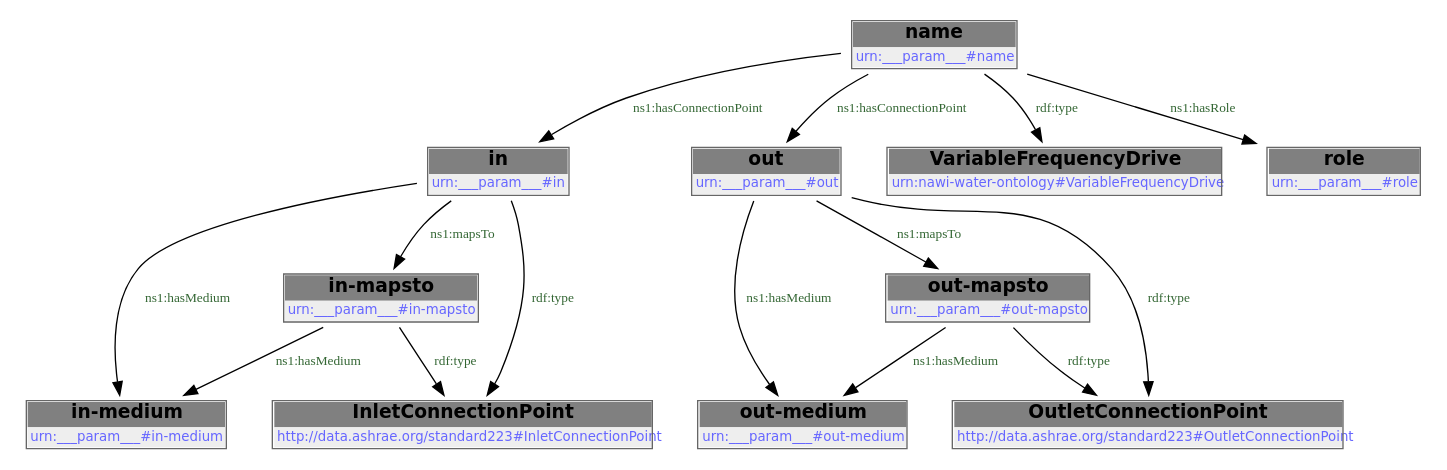
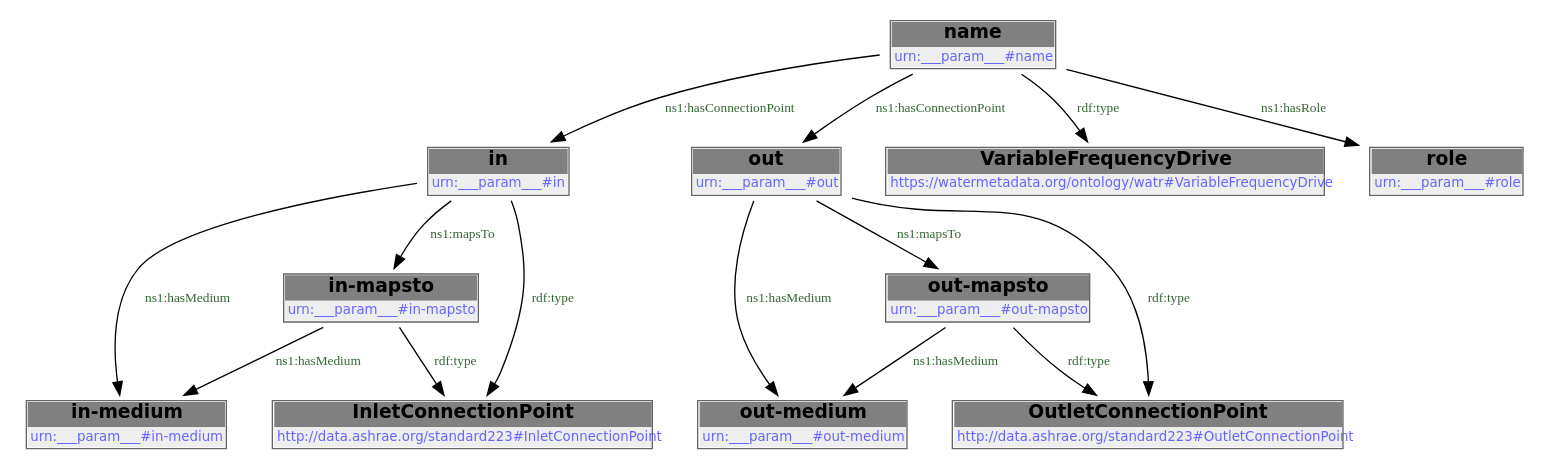
One commit to DataDrivenCPS/water-ontology changed the second of 2 diagrams in docs/libraries/templates/vfd.rst. Above: the diagram before and after it, drawn with Graphviz. The commit also changed other lines of this file and 43 other files, not shown here.

First line of the commit message:
feat: move ontology to https://watermetadata.org base URI

```diff
--- a/docs/libraries/templates/vfd.rst
+++ b/docs/libraries/templates/vfd.rst
@@ -96,30 +96,30 @@
         .. graphviz::
 
                 digraph G {
             node [fontname="DejaVu Sans"];
             node0 -> node1 [color=BLACK, label=< <font point-size='10' color='#336633'>ns1:hasMedium</font> >];
             node2 -> node3 [color=BLACK, label=< <font point-size='10' color='#336633'>ns1:hasConnectionPoint</font> >];
             node3 -> node4 [color=BLACK, label=< <font point-size='10' color='#336633'>ns1:hasMedium</font> >];
             node2 -> node5 [color=BLACK, label=< <font point-size='10' color='#336633'>ns1:hasConnectionPoint</font> >];
             node2 -> node6 [color=BLACK, label=< <font point-size='10' color='#336633'>rdf:type</font> >];
             node7 -> node4 [color=BLACK, label=< <font point-size='10' color='#336633'>ns1:hasMedium</font> >];
             node2 -> node8 [color=BLACK, label=< <font point-size='10' color='#336633'>ns1:hasRole</font> >];
             node5 -> node1 [color=BLACK, label=< <font point-size='10' color='#336633'>ns1:hasMedium</font> >];
             node5 -> node0 [color=BLACK, label=< <font point-size='10' color='#336633'>ns1:mapsTo</font> >];
             node3 -> node9 [color=BLACK, label=< <font point-size='10' color='#336633'>rdf:type</font> >];
             node0 -> node10 [color=BLACK, label=< <font point-size='10' color='#336633'>rdf:type</font> >];
             node7 -> node9 [color=BLACK, label=< <font point-size='10' color='#336633'>rdf:type</font> >];
             node3 -> node7 [color=BLACK, label=< <font point-size='10' color='#336633'>ns1:mapsTo</font> >];
             node5 -> node10 [color=BLACK, label=< <font point-size='10' color='#336633'>rdf:type</font> >];
             node0 [shape=none, color=black, label=< <table color='#666666' cellborder='0' cellspacing='0' border='1'><tr><td colspan='2' bgcolor='grey'><B>out-mapsto</B></td></tr><tr><td href='urn:___param___#out-mapsto' bgcolor='#eeeeee' colspan='2'><font point-size='10' color='#6666ff'>urn:___param___#out-mapsto</font></td></tr></table> >];
             node1 [shape=none, color=black, label=< <table color='#666666' cellborder='0' cellspacing='0' border='1'><tr><td colspan='2' bgcolor='grey'><B>out-medium</B></td></tr><tr><td href='urn:___param___#out-medium' bgcolor='#eeeeee' colspan='2'><font point-size='10' color='#6666ff'>urn:___param___#out-medium</font></td></tr></table> >];
             node2 [shape=none, color=black, label=< <table color='#666666' cellborder='0' cellspacing='0' border='1'><tr><td colspan='2' bgcolor='grey'><B>name</B></td></tr><tr><td href='urn:___param___#name' bgcolor='#eeeeee' colspan='2'><font point-size='10' color='#6666ff'>urn:___param___#name</font></td></tr></table> >];
             node3 [shape=none, color=black, label=< <table color='#666666' cellborder='0' cellspacing='0' border='1'><tr><td colspan='2' bgcolor='grey'><B>in</B></td></tr><tr><td href='urn:___param___#in' bgcolor='#eeeeee' colspan='2'><font point-size='10' color='#6666ff'>urn:___param___#in</font></td></tr></table> >];
             node4 [shape=none, color=black, label=< <table color='#666666' cellborder='0' cellspacing='0' border='1'><tr><td colspan='2' bgcolor='grey'><B>in-medium</B></td></tr><tr><td href='urn:___param___#in-medium' bgcolor='#eeeeee' colspan='2'><font point-size='10' color='#6666ff'>urn:___param___#in-medium</font></td></tr></table> >];
             node5 [shape=none, color=black, label=< <table color='#666666' cellborder='0' cellspacing='0' border='1'><tr><td colspan='2' bgcolor='grey'><B>out</B></td></tr><tr><td href='urn:___param___#out' bgcolor='#eeeeee' colspan='2'><font point-size='10' color='#6666ff'>urn:___param___#out</font></td></tr></table> >];
-            node6 [shape=none, color=black, label=< <table color='#666666' cellborder='0' cellspacing='0' border='1'><tr><td colspan='2' bgcolor='grey'><B>VariableFrequencyDrive</B></td></tr><tr><td href='urn:nawi-water-ontology#VariableFrequencyDrive' bgcolor='#eeeeee' colspan='2'><font point-size='10' color='#6666ff'>urn:nawi-water-ontology#VariableFrequencyDrive</font></td></tr></table> >];
+            node6 [shape=none, color=black, label=< <table color='#666666' cellborder='0' cellspacing='0' border='1'><tr><td colspan='2' bgcolor='grey'><B>VariableFrequencyDrive</B></td></tr><tr><td href='https://watermetadata.org/ontology/watr#VariableFrequencyDrive' bgcolor='#eeeeee' colspan='2'><font point-size='10' color='#6666ff'>https://watermetadata.org/ontology/watr#VariableFrequencyDrive</font></td></tr></table> >];
             node7 [shape=none, color=black, label=< <table color='#666666' cellborder='0' cellspacing='0' border='1'><tr><td colspan='2' bgcolor='grey'><B>in-mapsto</B></td></tr><tr><td href='urn:___param___#in-mapsto' bgcolor='#eeeeee' colspan='2'><font point-size='10' color='#6666ff'>urn:___param___#in-mapsto</font></td></tr></table> >];
             node8 [shape=none, color=black, label=< <table color='#666666' cellborder='0' cellspacing='0' border='1'><tr><td colspan='2' bgcolor='grey'><B>role</B></td></tr><tr><td href='urn:___param___#role' bgcolor='#eeeeee' colspan='2'><font point-size='10' color='#6666ff'>urn:___param___#role</font></td></tr></table> >];
             node9 [shape=none, color=black, label=< <table color='#666666' cellborder='0' cellspacing='0' border='1'><tr><td colspan='2' bgcolor='grey'><B>InletConnectionPoint</B></td></tr><tr><td href='http://data.ashrae.org/standard223#InletConnectionPoint' bgcolor='#eeeeee' colspan='2'><font point-size='10' color='#6666ff'>http://data.ashrae.org/standard223#InletConnectionPoint</font></td></tr></table> >];
             node10 [shape=none, color=black, label=< <table color='#666666' cellborder='0' cellspacing='0' border='1'><tr><td colspan='2' bgcolor='grey'><B>OutletConnectionPoint</B></td></tr><tr><td href='http://data.ashrae.org/standard223#OutletConnectionPoint' bgcolor='#eeeeee' colspan='2'><font point-size='10' color='#6666ff'>http://data.ashrae.org/standard223#OutletConnectionPoint</font></td></tr></table> >];
             }
```
